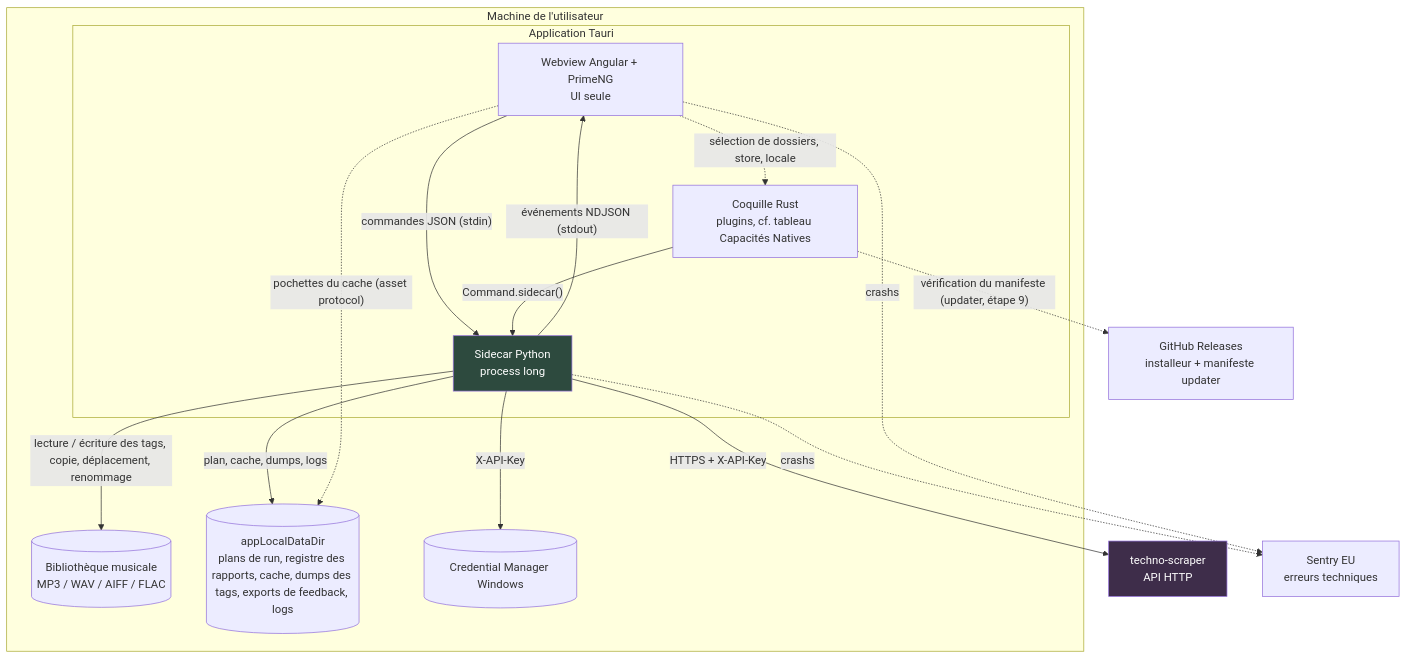
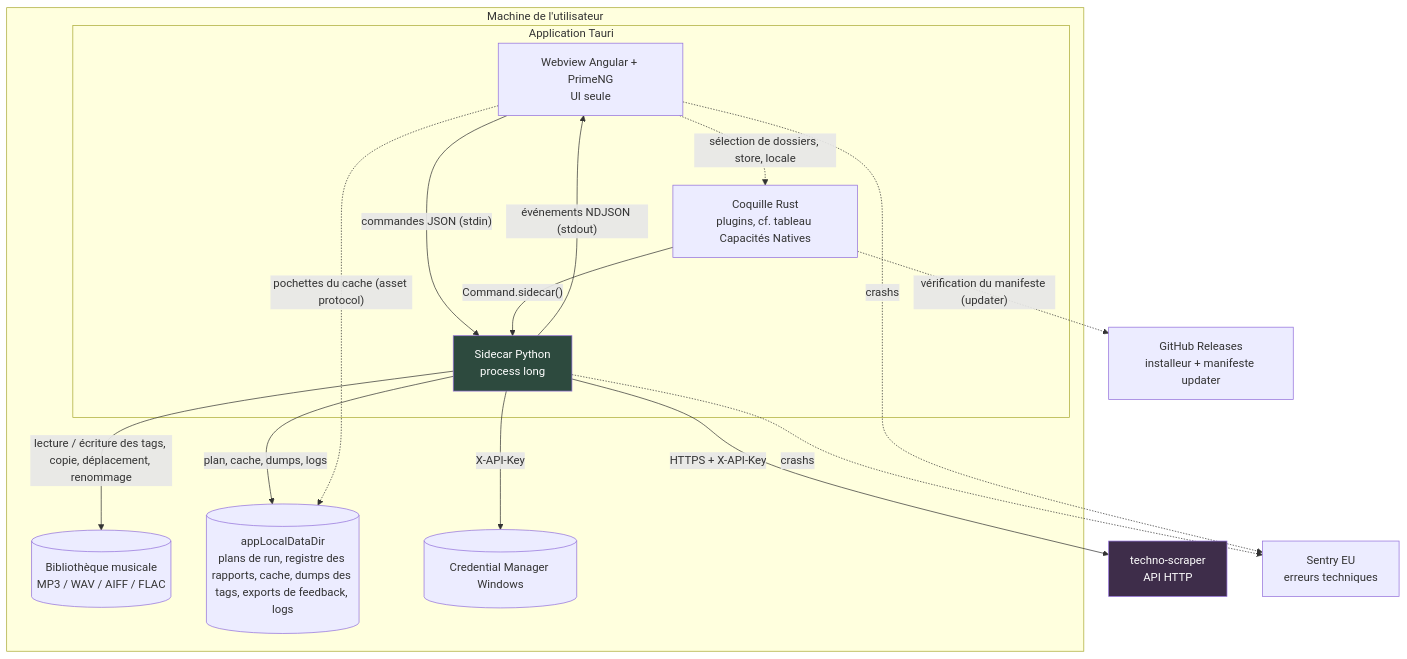
One commit to thibaud57/techno-tagger changed the first of 4 diagrams in docs/ARCHITECTURE.md. Above: the diagram before and after it, drawn with Mermaid. The commit also changed other lines of this file and 131 other files, not shown here.

````diff
--- a/docs/ARCHITECTURE.md
+++ b/docs/ARCHITECTURE.md
@@ -168,33 +118,33 @@
 ```mermaid
 graph TB
     subgraph machine["Machine de l'utilisateur"]
         subgraph app["Application Tauri"]
             ui["Webview Angular + PrimeNG<br/>UI seule"]
             rust["Coquille Rust<br/>plugins, cf. tableau Capacités Natives"]
             side["Sidecar Python<br/>process long"]
         end
         fs[("Bibliothèque musicale<br/>MP3 / WAV / AIFF / FLAC")]
         data[("appLocalDataDir<br/>plans de run, registre des rapports, cache, dumps des tags, exports de feedback, logs")]
         kr[("Credential Manager Windows")]
     end
 
     api["techno-scraper<br/>API HTTP"]
     sentry["Sentry EU<br/>erreurs techniques"]
     gh["GitHub Releases<br/>installeur + manifeste updater"]
 
     ui -->|"commandes JSON (stdin)"| side
     side -->|"événements NDJSON (stdout)"| ui
     ui -.->|"sélection de dossiers, store, locale"| rust
     rust -->|"Command.sidecar()"| side
     side -->|"lecture / écriture des tags, copie, déplacement, renommage"| fs
     side -->|"plan, cache, dumps, logs"| data
     ui -.->|"pochettes du cache (asset protocol)"| data
     side -->|"X-API-Key"| kr
     side -->|"HTTPS + X-API-Key"| api
     side -.->|"crashs"| sentry
     ui -.->|"crashs"| sentry
-    rust -.->|"vérification du manifeste (updater, étape 9)"| gh
+    rust -.->|"vérification du manifeste (updater)"| gh
 
     style side fill:#2d4a3e,color:#fff
     style api fill:#3e2d4a,color:#fff
 ```
````
